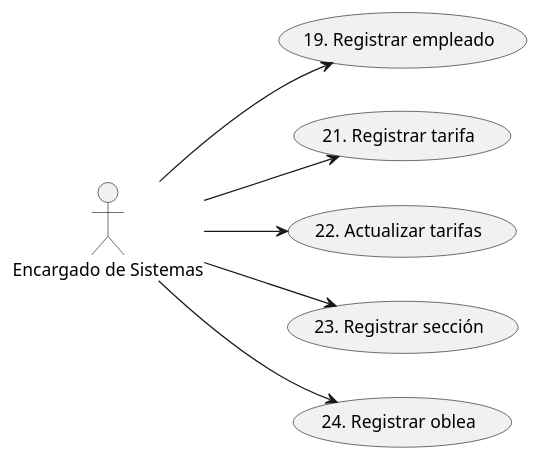
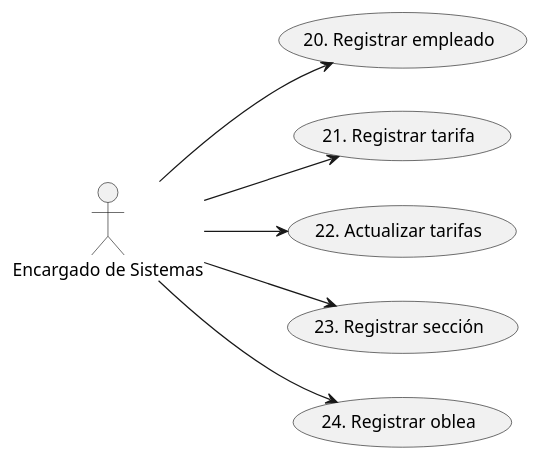
The third of 3 diagrams in Diagramas/Diagramas.plantuml (JulianFermani/TPI2024-CA13), drawn with PlantUML before and after one commit. The commit also changed other lines of this file and 3 other files, not shown here.

```diff
--- a/Diagramas/Diagramas.plantuml
+++ b/Diagramas/Diagramas.plantuml
@@ -234,9 +235,9 @@
 @startuml Diagrama_casos_de_uso_de_soporte
 left to right direction
 :Encargado de Sistemas: as IT
-IT --> (19. Registrar empleado)
+IT --> (20. Registrar empleado)
 IT --> (21. Registrar tarifa)
 IT --> (22. Actualizar tarifas)
 IT --> (23. Registrar sección)
 IT --> (24. Registrar oblea)
 @enduml
```
